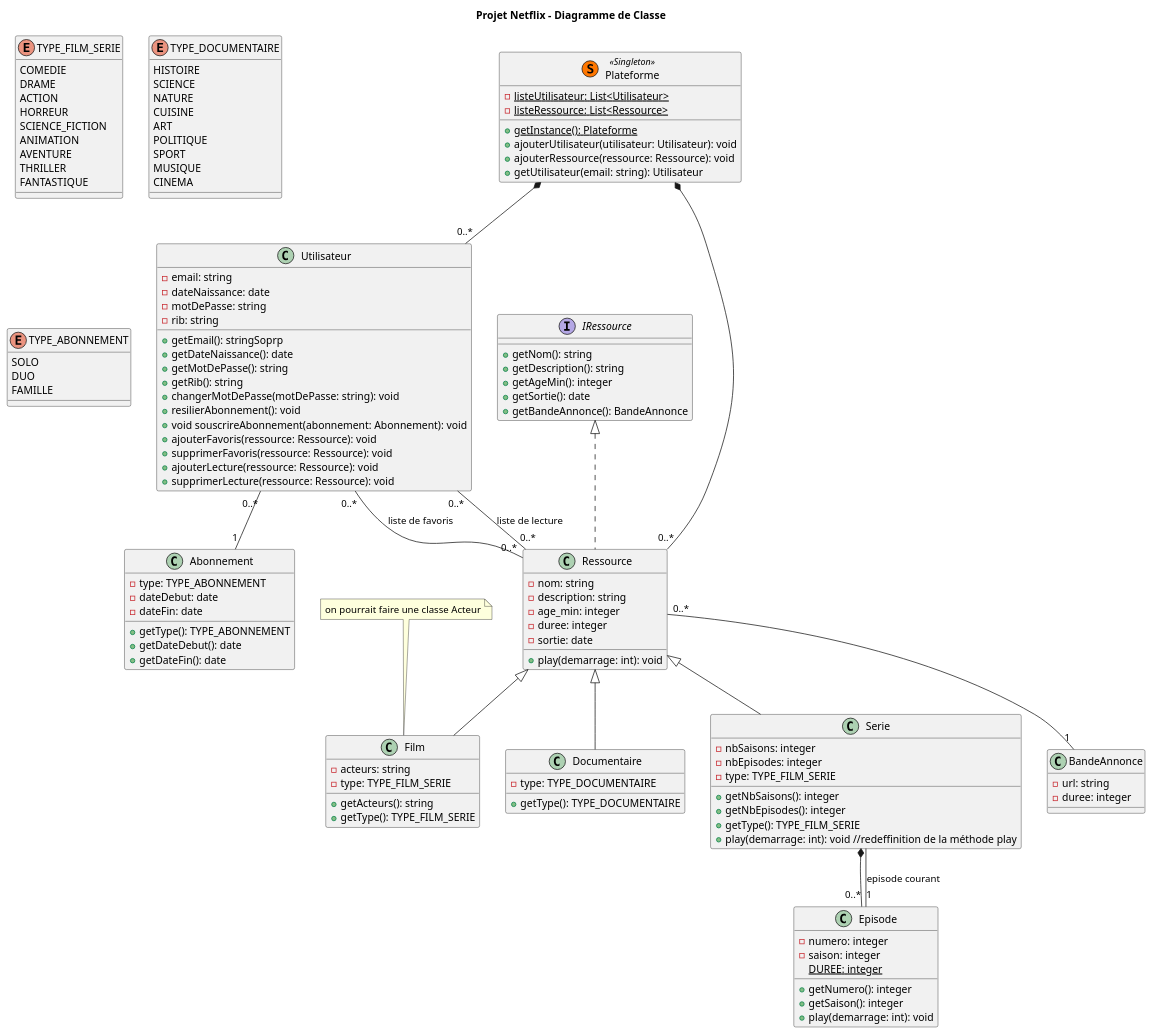
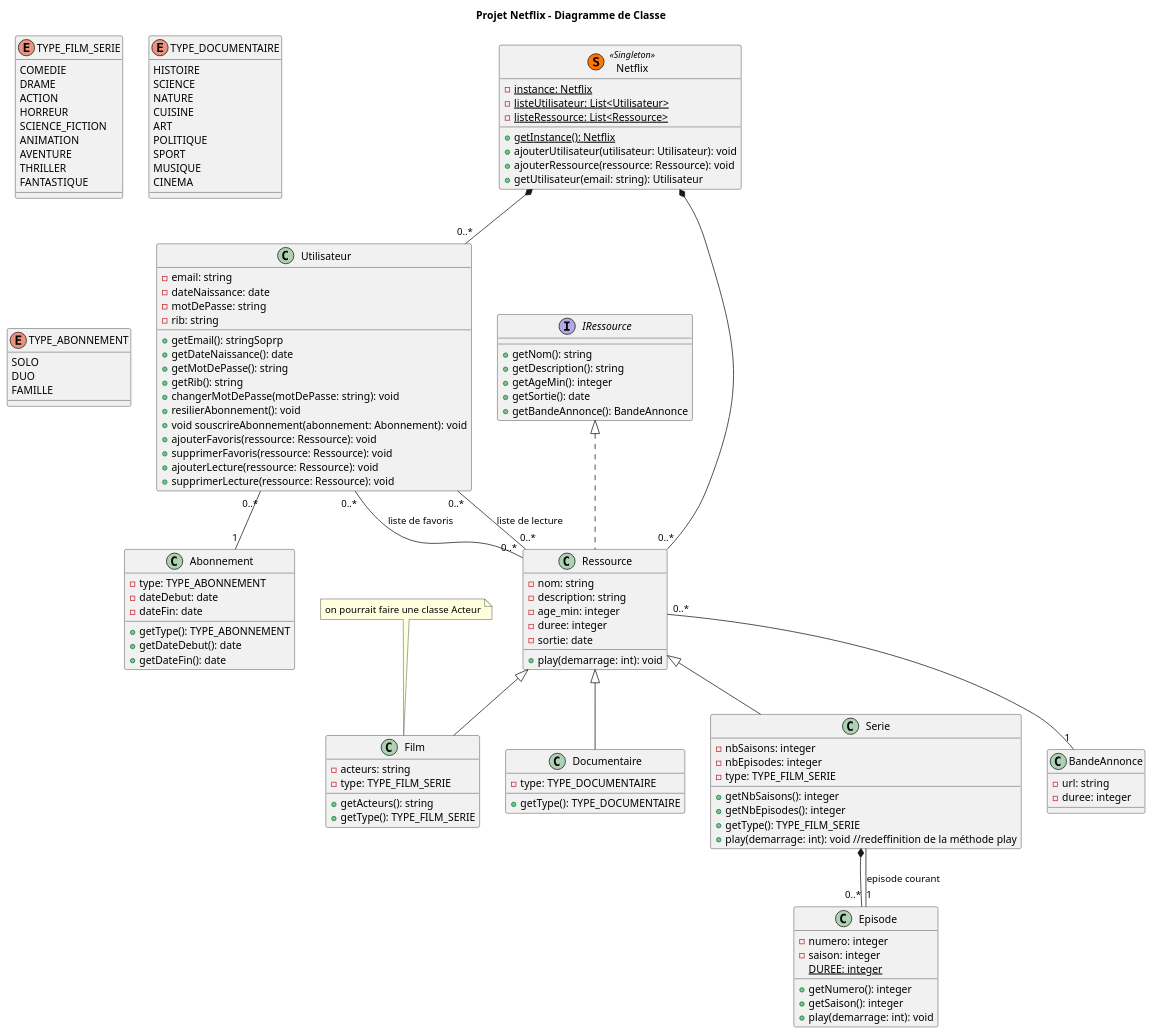
The diagram in diagramme.puml (tigrou23/Netflix_JAVA), drawn with PlantUML before and after one commit. The commit also changed 1 other file, not shown here.

Commit message:
ajout du singleton netflix

```diff
--- a/diagramme.puml
+++ b/diagramme.puml
@@ -1,152 +1,153 @@
 @startuml
 
 title Projet Netflix - Diagramme de Classe
 
-class Plateforme << (S,#FF7700) Singleton >>{
+class Netflix << (S,#FF7700) Singleton >>{
+    {static} - instance: Netflix
     {static} - listeUtilisateur: List<Utilisateur>
     {static} - listeRessource: List<Ressource>
-    {static} + getInstance(): Plateforme
+    {static} + getInstance(): Netflix
     + ajouterUtilisateur(utilisateur: Utilisateur): void
     + ajouterRessource(ressource: Ressource): void
     + getUtilisateur(email: string): Utilisateur
 }
 
-Plateforme *-- "0..*" Utilisateur
-Plateforme *-- "0..*" Ressource
+Netflix *-- "0..*" Utilisateur
+Netflix *-- "0..*" Ressource
 
 /'
 ---- Définition des Ressources ----
 '/
 
 enum TYPE_FILM_SERIE {
     COMEDIE
     DRAME
     ACTION
     HORREUR
     SCIENCE_FICTION
     ANIMATION
     AVENTURE
     THRILLER
     FANTASTIQUE
 }
 
 enum TYPE_DOCUMENTAIRE{
     HISTOIRE
     SCIENCE
     NATURE
     CUISINE
     ART
     POLITIQUE
     SPORT
     MUSIQUE
     CINEMA
 }
 
 class BandeAnnonce{
     - url: string
     - duree: integer
 }
 
 interface IRessource{
     + getNom(): string
     + getDescription(): string
     + getAgeMin(): integer
     + getSortie(): date
     + getBandeAnnonce(): BandeAnnonce
 }
 
 note "on pourrait faire une classe Acteur" as acteur
 acteur .. Film
 
 abstract Ressource {
     - nom: string
     - description: string
     - age_min: integer
     - duree: integer
     - sortie: date
     + play(demarrage: int): void
 }
 
 Ressource "0..*" -- "1" BandeAnnonce
 class Ressource implements IRessource
 
 class Film{
     - acteurs: string
     - type: TYPE_FILM_SERIE
     + getActeurs(): string
     + getType(): TYPE_FILM_SERIE
 }
 
 class Documentaire{
     - type: TYPE_DOCUMENTAIRE
     + getType(): TYPE_DOCUMENTAIRE
 }
 
 class Serie{
     - nbSaisons: integer
     - nbEpisodes: integer
     - type: TYPE_FILM_SERIE
     + getNbSaisons(): integer
     + getNbEpisodes(): integer
     + getType(): TYPE_FILM_SERIE
     + play(demarrage: int): void //redeffinition de la méthode play
 }
 
 class Episode{
     - numero: integer
     - saison: integer
     {static} DUREE: integer
     + getNumero(): integer
     + getSaison(): integer
     + play(demarrage: int): void
 }
 
 Serie *-- "0..*" Episode
 Serie -- "1" Episode : "episode courant"
 
 class Film extends Ressource
 class Documentaire extends Ressource
 class Serie extends Ressource
 
 /'
 ---- Définition des Utilisateurs ----
 '/
 
 enum TYPE_ABONNEMENT{
     SOLO
     DUO
     FAMILLE
 }
 
 class Abonnement{
     - type: TYPE_ABONNEMENT
     - dateDebut: date
     - dateFin: date
     + getType(): TYPE_ABONNEMENT
     + getDateDebut(): date
     + getDateFin(): date
 }
 
 class Utilisateur{
     - email: string
     - dateNaissance: date
     - motDePasse: string
     - rib: string
     + getEmail(): stringSoprp
     + getDateNaissance(): date
     + getMotDePasse(): string
     + getRib(): string
     + changerMotDePasse(motDePasse: string): void
     + resilierAbonnement(): void
     + void souscrireAbonnement(abonnement: Abonnement): void
     + ajouterFavoris(ressource: Ressource): void
     + supprimerFavoris(ressource: Ressource): void
     + ajouterLecture(ressource: Ressource): void
     + supprimerLecture(ressource: Ressource): void
 }
 
 Utilisateur "0..*" -- "0..*" Ressource : "liste de favoris"
 Utilisateur "0..*" -- "0..*" Ressource : "liste de lecture"
 Utilisateur "0..*" -- "1" Abonnement
 
 @enduml
```
